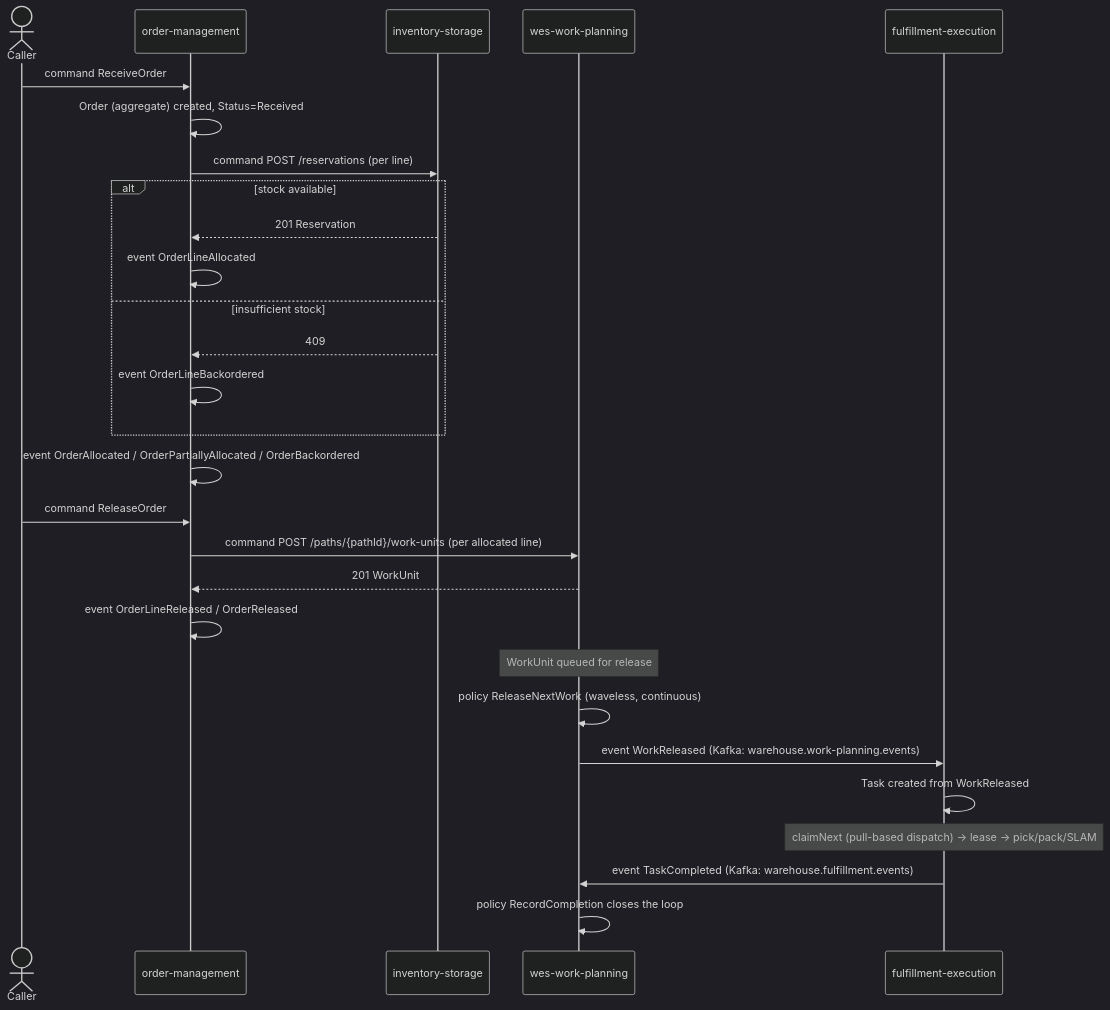
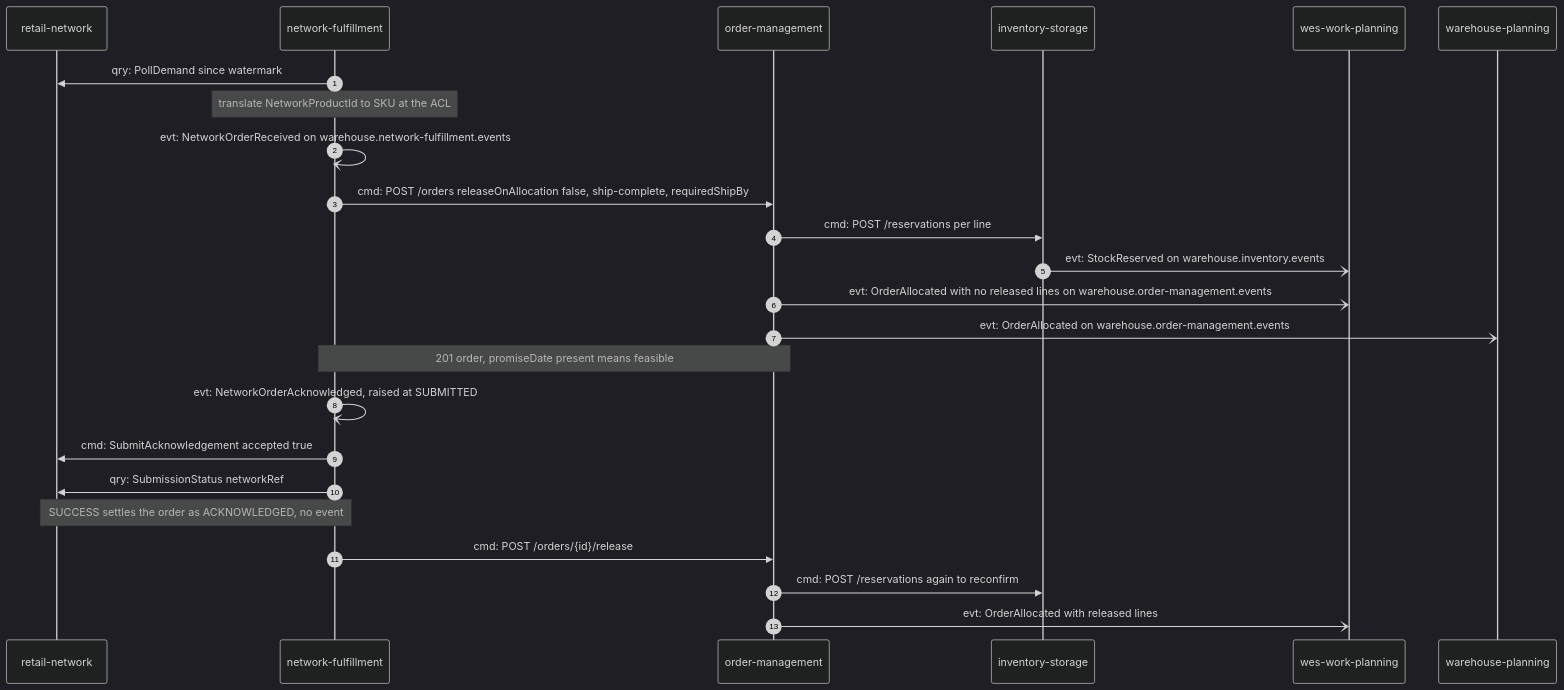
Before and after one commit to IQVO/warehouse-docs: the first of 9 diagrams in docs/strategic-design/domain-message-flows.md, drawn with Mermaid (dark theme). The commit also changed other lines of this file and 717 other files, not shown here.

````diff
--- a/docs/strategic-design/domain-message-flows.md
+++ b/docs/strategic-design/domain-message-flows.md
@@ -20,31 +75,26 @@
 ```mermaid
 sequenceDiagram
-    actor Caller
+    autonumber
+    participant RN as retail-network
+    participant NF as network-fulfillment
     participant OM as order-management
     participant INV as inventory-storage
     participant WP as wes-work-planning
-    participant FE as fulfillment-execution
-
-    Caller->>OM: command ReceiveOrder
-    OM->>OM: Order (aggregate) created, Status=Received
-    OM->>INV: command POST /reservations (per line)
-    alt stock available
-        INV-->>OM: 201 Reservation
-        OM->>OM: event OrderLineAllocated
-    else insufficient stock
-        INV-->>OM: 409
-        OM->>OM: event OrderLineBackordered
-    end
-    OM->>OM: event OrderAllocated / OrderPartiallyAllocated / OrderBackordered
-    Caller->>OM: command ReleaseOrder
-    OM->>WP: command POST /paths/{pathId}/work-units (per allocated line)
-    WP-->>OM: 201 WorkUnit
-    OM->>OM: event OrderLineReleased / OrderReleased
-    Note over WP: WorkUnit queued for release
-    WP->>WP: policy ReleaseNextWork (waveless, continuous)
-    WP->>FE: event WorkReleased (Kafka: warehouse.work-planning.events)
-    FE->>FE: Task created from WorkReleased
-    Note over FE: claimNext (pull-based dispatch) → lease → pick/pack/SLAM
-    FE->>WP: event TaskCompleted (Kafka: warehouse.fulfillment.events)
-    WP->>WP: policy RecordCompletion closes the loop
+    participant WPL as warehouse-planning
+    NF->>RN: qry: PollDemand since watermark
+    Note over NF: translate NetworkProductId to SKU at the ACL
+    NF-)NF: evt: NetworkOrderReceived on warehouse.network-fulfillment.events
+    NF->>OM: cmd: POST /orders releaseOnAllocation false, ship-complete, requiredShipBy
+    OM->>INV: cmd: POST /reservations per line
+    INV-)WP: evt: StockReserved on warehouse.inventory.events
+    OM-)WP: evt: OrderAllocated with no released lines on warehouse.order-management.events
+    OM-)WPL: evt: OrderAllocated on warehouse.order-management.events
+    Note over OM,NF: 201 order, promiseDate present means feasible
+    NF-)NF: evt: NetworkOrderAcknowledged, raised at SUBMITTED
+    NF->>RN: cmd: SubmitAcknowledgement accepted true
+    NF->>RN: qry: SubmissionStatus networkRef
+    Note over NF,RN: SUCCESS settles the order as ACKNOWLEDGED, no event
+    NF->>OM: cmd: POST /orders/{id}/release
+    OM->>INV: cmd: POST /reservations again to reconfirm
+    OM-)WP: evt: OrderAllocated with released lines
 ```
````
